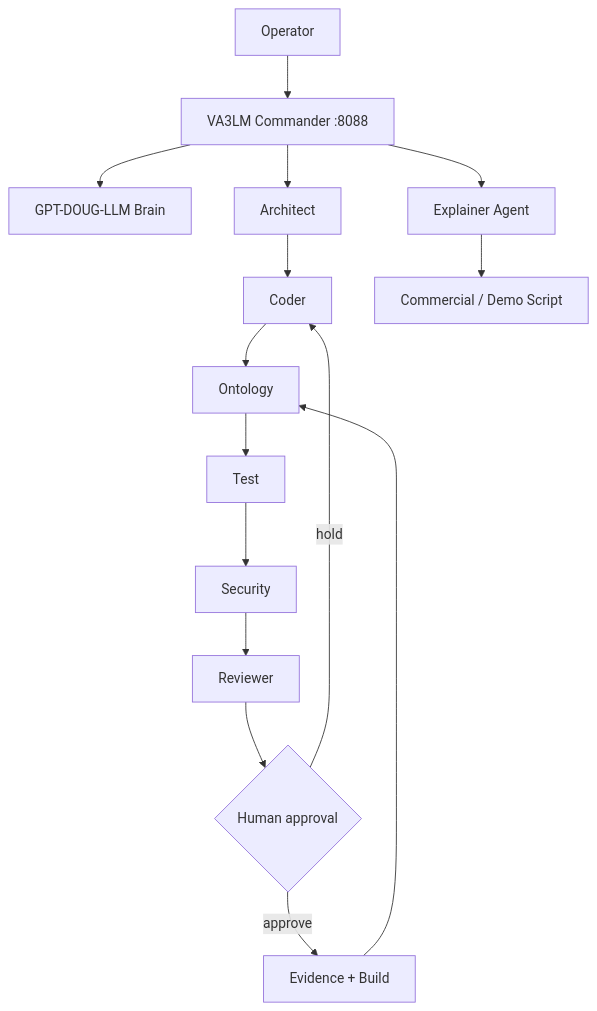
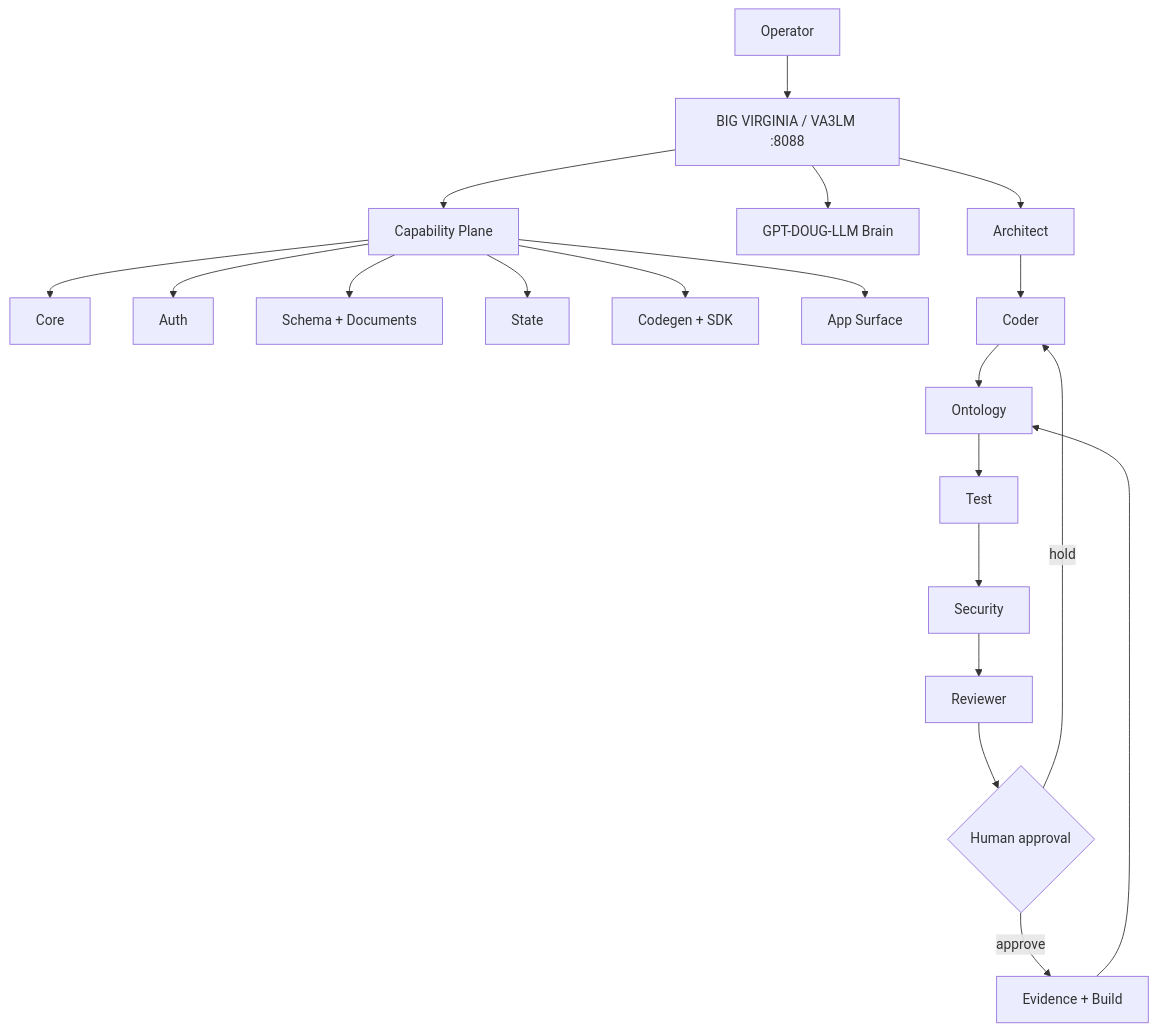
Before and after one commit to sonoxo/gpt-doug-llm: the diagram in va3lm/README.md, drawn with Mermaid. The commit also changed other lines of this file, not shown here.

Commit message:
Upgrade VA3LM README for Big Virginia

````diff
--- a/va3lm/README.md
+++ b/va3lm/README.md
@@ -83,17 +73,22 @@
 ```mermaid
 flowchart TD
-    U[Operator] --> C[VA3LM Commander :8088]
+    U[Operator] --> C[BIG VIRGINIA / VA3LM :8088]
+    C --> P[Capability Plane]
+    P --> PC[Core]
+    P --> PA[Auth]
+    P --> PS[Schema + Documents]
+    P --> PST[State]
+    P --> PG[Codegen + SDK]
+    P --> APP[App Surface]
     C --> B[GPT-DOUG-LLM Brain]
     C --> A[Architect]
     A --> D[Coder]
     D --> O[Ontology]
     O --> T[Test]
     T --> S[Security]
     S --> R[Reviewer]
     R --> G{Human approval}
     G -->|approve| E[Evidence + Build]
     G -->|hold| D
     E --> O
-    C --> X[Explainer Agent]
-    X --> M[Commercial / Demo Script]
 ```
````
